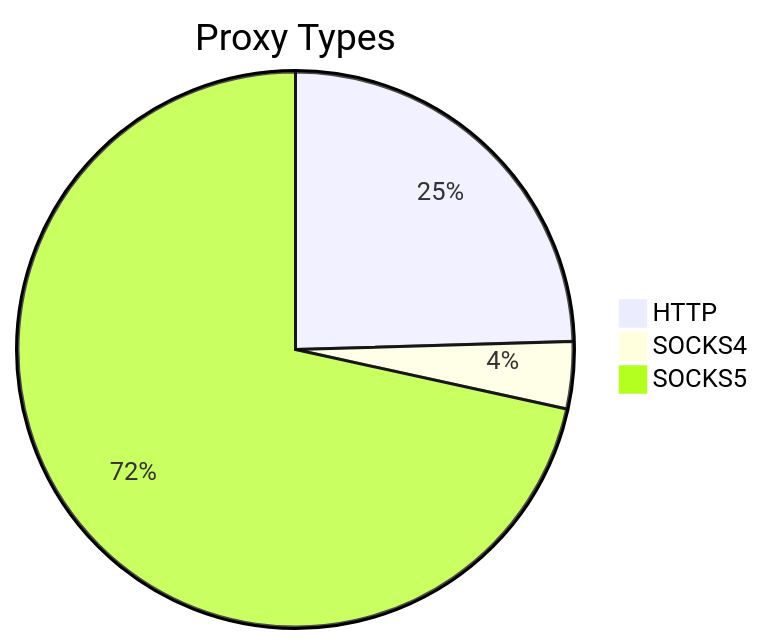
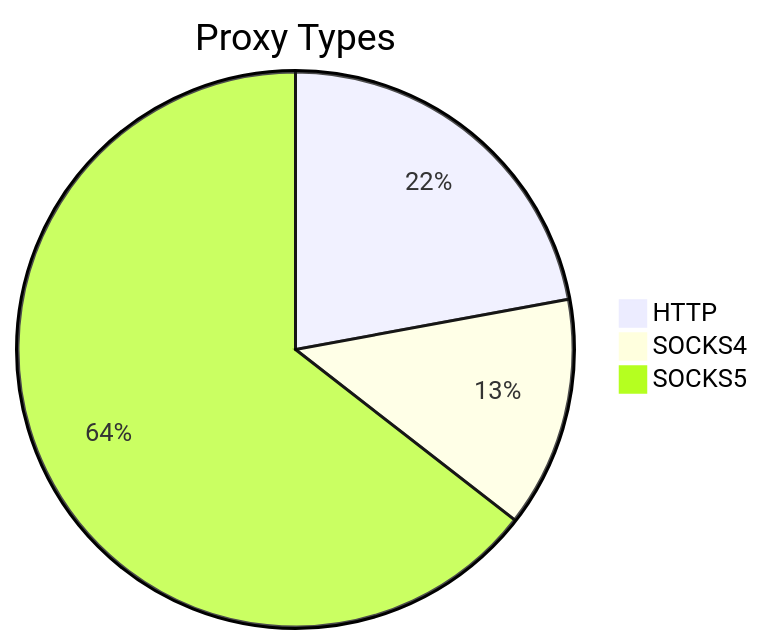
The first of 2 diagrams in README.md (stormsia/proxy-list), drawn with Mermaid before and after one commit. The commit also changed other lines of this file, not shown here.

````diff
--- a/README.md
+++ b/README.md
@@ -21,6 +21,6 @@
 ```mermaid
 pie title Proxy Types
-    "HTTP" : 132
-    "SOCKS4" : 21
-    "SOCKS5" : 385
+    "HTTP" : 219
+    "SOCKS4" : 133
+    "SOCKS5" : 639
 ```
````
